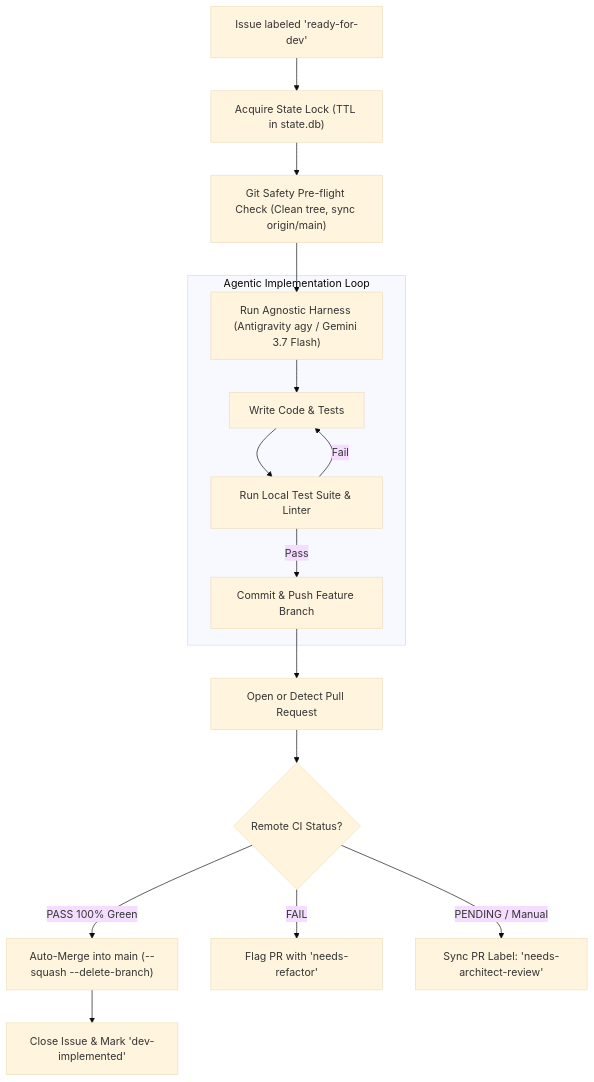
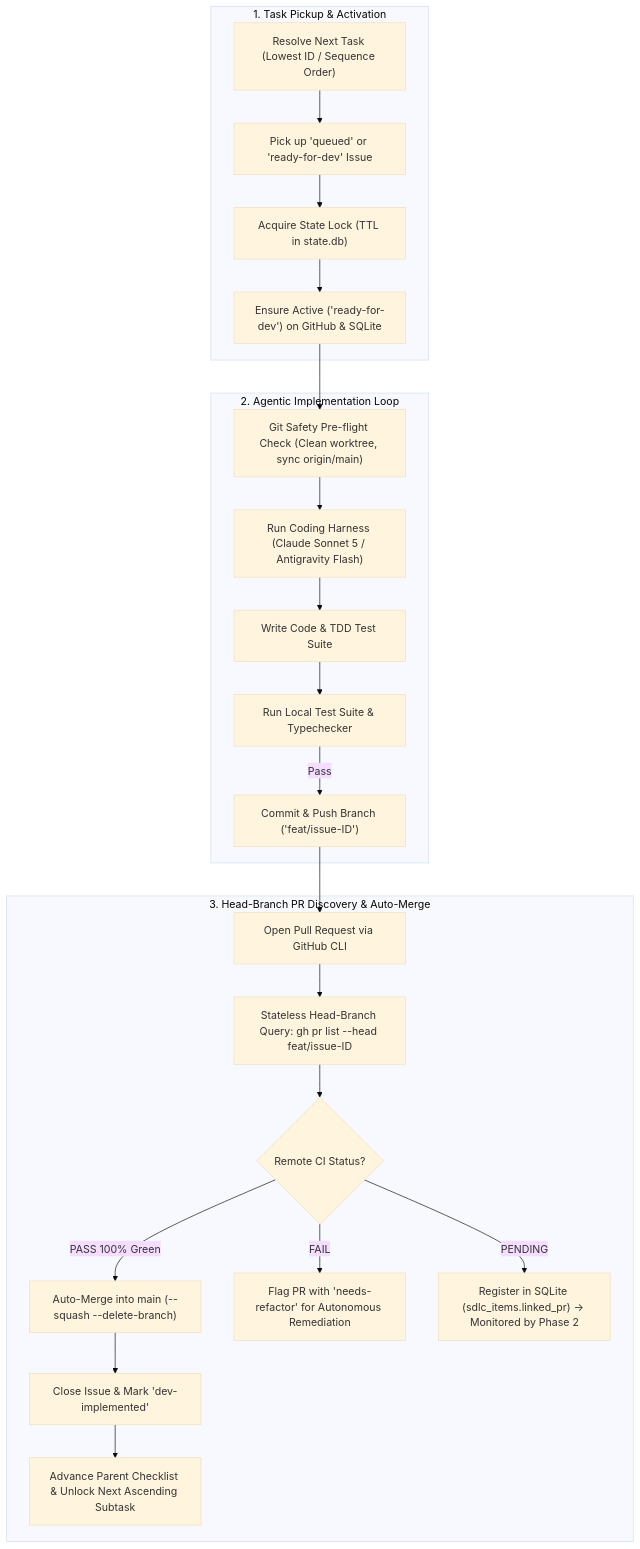
The diagram in docs/node-devtest.md (AntaresAndBharani/graph-engineering), drawn with Mermaid (base theme) before and after one commit. The commit also changed other lines of this file and 3 other files, not shown here.

Commit message:
feat(devtest): clean up devtest node, enforce label-agnostic ascending task pickup, and harden CI auto-merge

````diff
--- a/docs/node-devtest.md
+++ b/docs/node-devtest.md
@@ -11,20 +11,27 @@
 ```mermaid
 flowchart TD
-    Trigger["Issue labeled 'ready-for-dev'"] --> Lock["Acquire State Lock (TTL in state.db)"]
-    Lock --> Safety["Git Safety Pre-flight Check (Clean tree, sync origin/main)"]
-    Safety --> Harness["Run Agnostic Harness (Antigravity agy / Gemini 3.7 Flash)"]
-    
-    subgraph Agentic Implementation Loop
-        Harness --> Write["Write Code & Tests"]
-        Write --> RunTests["Run Local Test Suite & Linter"]
-        RunTests -->|Fail| Write
-        RunTests -->|Pass| Commit["Commit & Push Feature Branch"]
+    subgraph 1. Task Pickup & Activation
+        CTE["Resolve Next Task (Lowest ID / Sequence Order)"] --> Pick["Pick up 'queued' or 'ready-for-dev' Issue"]
+        Pick --> Lock["Acquire State Lock (TTL in state.db)"]
+        Lock --> Activate["Ensure Active ('ready-for-dev') on GitHub & SQLite"]
     end
-    
-    Commit --> CreatePR["Open or Detect Pull Request"]
-    CreatePR --> CheckCI{"Remote CI Status?"}
-    CheckCI -->|PASS 100% Green| AutoMerge["Auto-Merge into main (--squash --delete-branch)"]
-    AutoMerge --> CloseIssue["Close Issue & Mark 'dev-implemented'"]
-    CheckCI -->|FAIL| RefactorLabel["Flag PR with 'needs-refactor'"]
-    CheckCI -->|PENDING / Manual| ReviewLabel["Sync PR Label: 'needs-architect-review'"]
+
+    subgraph 2. Agentic Implementation Loop
+        Activate --> Safety["Git Safety Pre-flight Check (Clean worktree, sync origin/main)"]
+        Safety --> Harness["Run Coding Harness (Claude Sonnet 5 / Antigravity Flash)"]
+        Harness --> Write["Write Code & TDD Test Suite"]
+        Write --> RunTests["Run Local Test Suite & Typechecker"]
+        RunTests -->|Pass| Commit["Commit & Push Branch ('feat/issue-ID')"]
+    end
+
+    subgraph 3. Head-Branch PR Discovery & Auto-Merge
+        Commit --> CreatePR["Open Pull Request via GitHub CLI"]
+        CreatePR --> RefQuery["Stateless Head-Branch Query: gh pr list --head feat/issue-ID"]
+        RefQuery --> CheckCI{"Remote CI Status?"}
+        CheckCI -->|PASS 100% Green| AutoMerge["Auto-Merge into main (--squash --delete-branch)"]
+        AutoMerge --> CloseIssue["Close Issue & Mark 'dev-implemented'"]
+        CloseIssue --> Advance["Advance Parent Checklist & Unlock Next Ascending Subtask"]
+        CheckCI -->|FAIL| RefactorLabel["Flag PR with 'needs-refactor' for Autonomous Remediation"]
+        CheckCI -->|PENDING| Phase2["Register in SQLite (sdlc_items.linked_pr) -> Monitored by Phase 2"]
+    end
 ```
````
